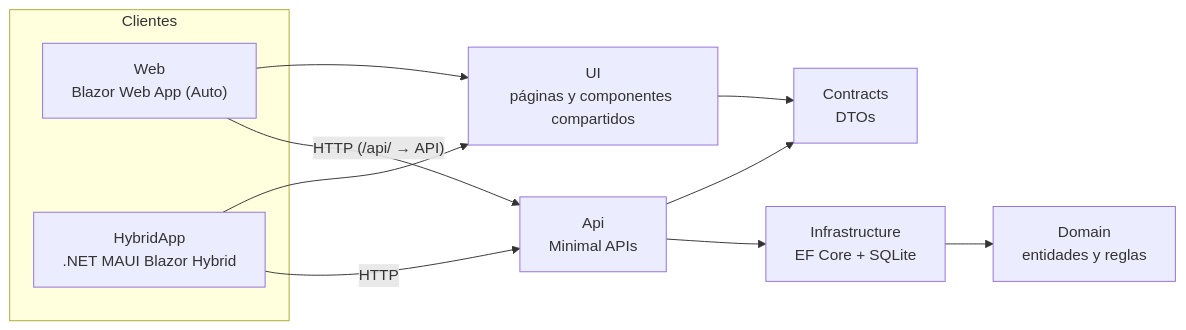
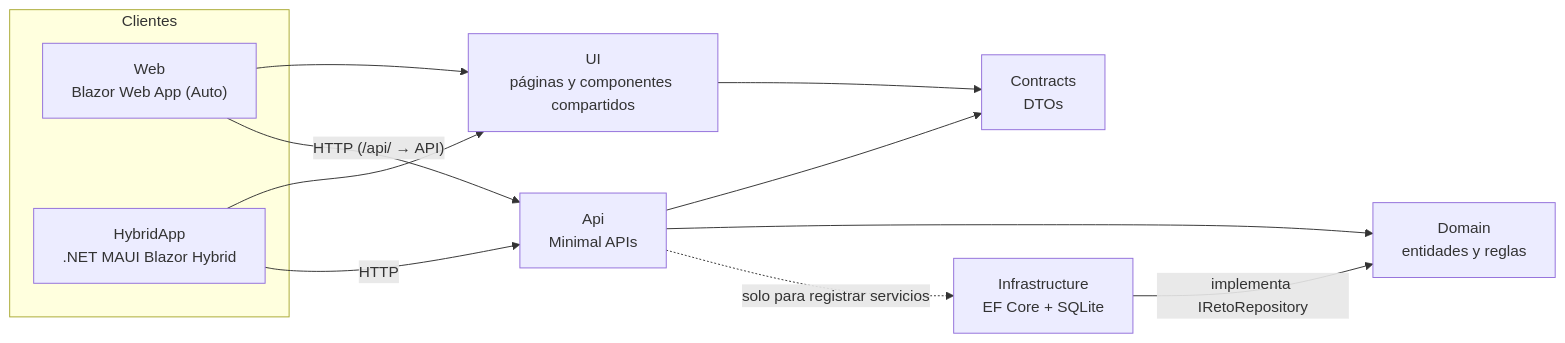
Before and after one commit to brianpl990227/CommunityHub: the diagram in README.md, drawn with Mermaid. The commit also changed other lines of this file and 8 other files, not shown here.

First line of the commit message:
Los endpoints de retos usan IRetoRepository en vez de EF Core

````diff
--- a/README.md
+++ b/README.md
@@ -23,21 +23,22 @@
 ```mermaid
 flowchart LR
     subgraph Clientes
         Web["Web<br/>Blazor Web App (Auto)"]
         App["HybridApp<br/>.NET MAUI Blazor Hybrid"]
     end
     UI["UI<br/>páginas y componentes compartidos"]
     Api["Api<br/>Minimal APIs"]
     Infra["Infrastructure<br/>EF Core + SQLite"]
     Dominio["Domain<br/>entidades y reglas"]
     Contracts["Contracts<br/>DTOs"]
 
     Web --> UI
     App --> UI
     UI --> Contracts
     Web -- "HTTP (/api/ → API)" --> Api
     App -- HTTP --> Api
     Api --> Contracts
-    Api --> Infra
-    Infra --> Dominio
+    Api --> Dominio
+    Infra -- "implementa IRetoRepository" --> Dominio
+    Api -. "solo para registrar servicios" .-> Infra
 ```
````
